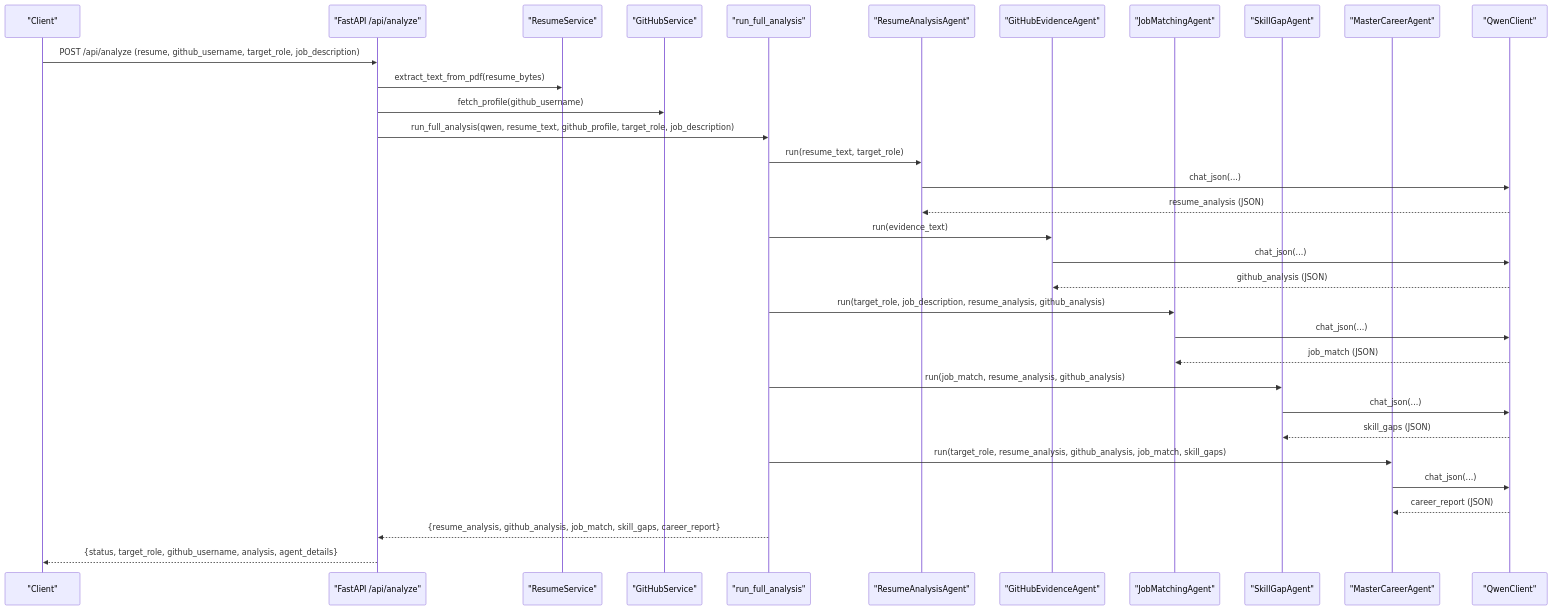
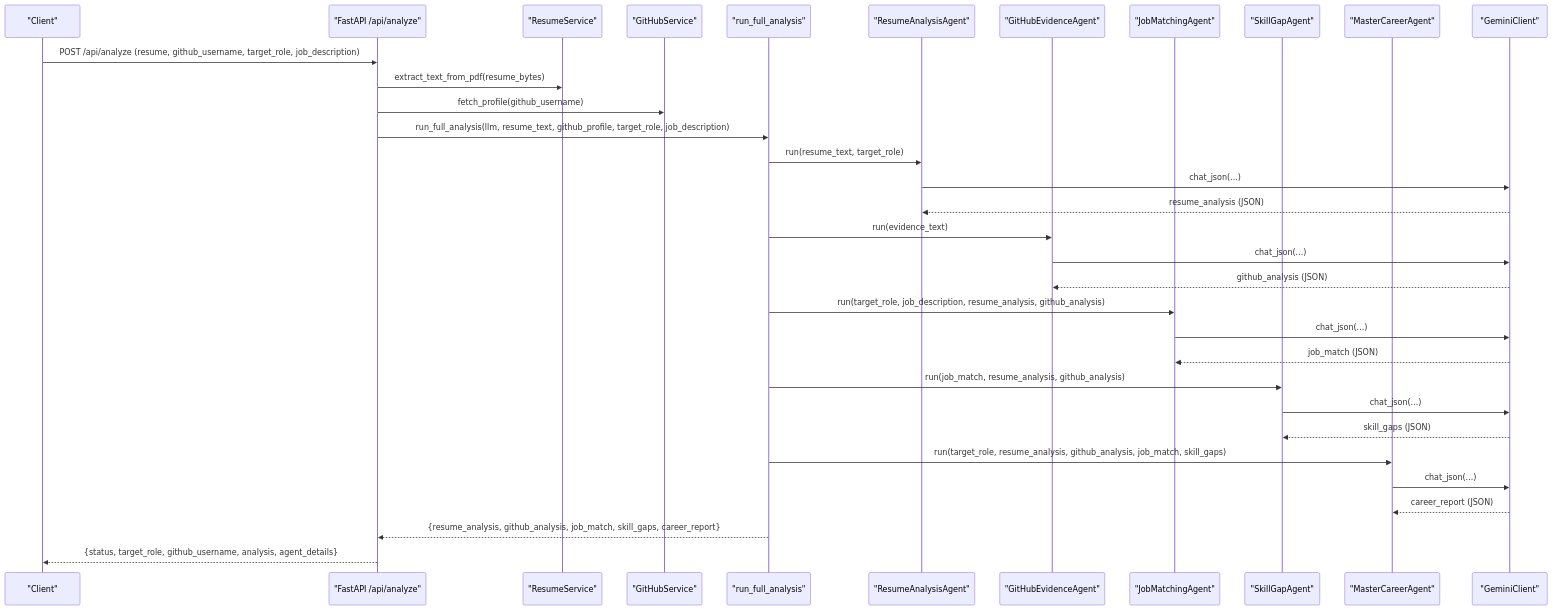
One commit to waqarimran342/CareerOS-AI changed the second of 6 diagrams in .qoder/repowiki/en/content/Multi-Agent System/Pipeline Orchestration.md. Above: the diagram before and after it, drawn with Mermaid. The commit also changed other lines of this file and 32 other files, not shown here.

````diff
--- a/.qoder/repowiki/en/content/Multi-Agent System/Pipeline Orchestration.md
+++ b/.qoder/repowiki/en/content/Multi-Agent System/Pipeline Orchestration.md
@@ -123,35 +131,35 @@
 ```mermaid
 sequenceDiagram
 participant Client as "Client"
 participant API as "FastAPI /api/analyze"
 participant ResSvc as "ResumeService"
 participant GH as "GitHubService"
 participant Orchestrator as "run_full_analysis"
 participant A1 as "ResumeAnalysisAgent"
 participant A2 as "GitHubEvidenceAgent"
 participant A3 as "JobMatchingAgent"
 participant A4 as "SkillGapAgent"
 participant A5 as "MasterCareerAgent"
-participant Q as "QwenClient"
+participant Q as "GeminiClient"
 Client->>API : POST /api/analyze (resume, github_username, target_role, job_description)
 API->>ResSvc : extract_text_from_pdf(resume_bytes)
 API->>GH : fetch_profile(github_username)
-API->>Orchestrator : run_full_analysis(qwen, resume_text, github_profile, target_role, job_description)
+API->>Orchestrator : run_full_analysis(llm, resume_text, github_profile, target_role, job_description)
 Orchestrator->>A1 : run(resume_text, target_role)
 A1->>Q : chat_json(...)
 Q-->>A1 : resume_analysis (JSON)
 Orchestrator->>A2 : run(evidence_text)
 A2->>Q : chat_json(...)
 Q-->>A2 : github_analysis (JSON)
 Orchestrator->>A3 : run(target_role, job_description, resume_analysis, github_analysis)
 A3->>Q : chat_json(...)
 Q-->>A3 : job_match (JSON)
 Orchestrator->>A4 : run(job_match, resume_analysis, github_analysis)
 A4->>Q : chat_json(...)
 Q-->>A4 : skill_gaps (JSON)
 Orchestrator->>A5 : run(target_role, resume_analysis, github_analysis, job_match, skill_gaps)
 A5->>Q : chat_json(...)
 Q-->>A5 : career_report (JSON)
 Orchestrator-->>API : {resume_analysis, github_analysis, job_match, skill_gaps, career_report}
 API-->>Client : {status, target_role, github_username, analysis, agent_details}
 ```
````
